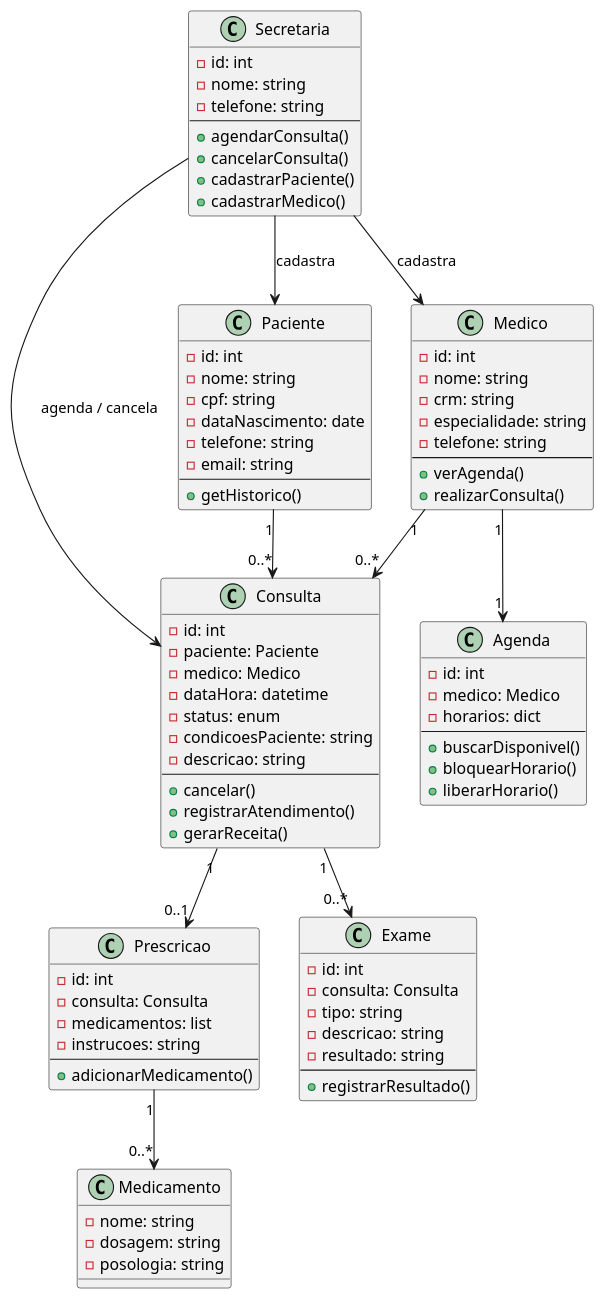
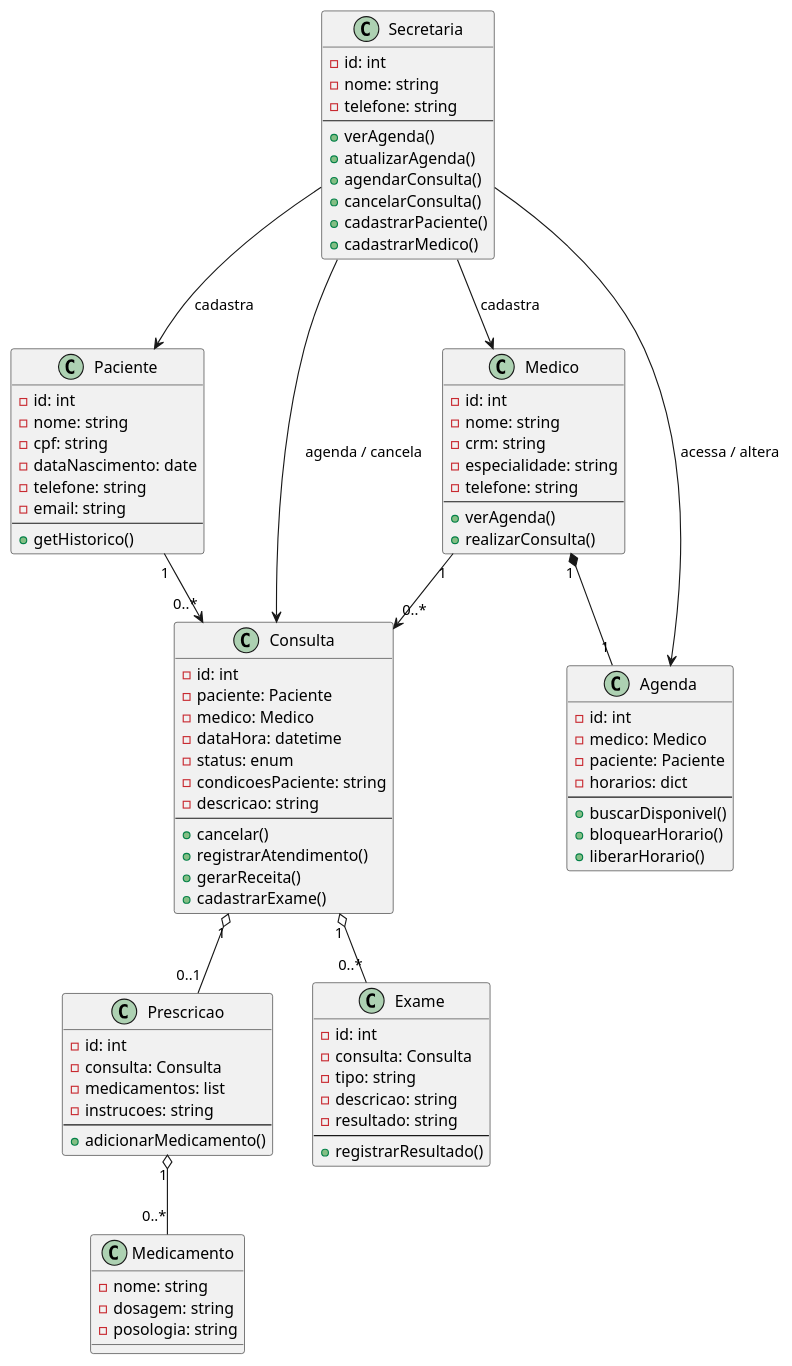
Before and after one commit to Aquiles-Reis/UFG_BES: the diagram in POO/aula_dia_13_04/Classes.puml, drawn with PlantUML. The commit also changed 35 other files, not shown here.

```diff
--- a/POO/aula_dia_13_04/Classes.puml
+++ b/POO/aula_dia_13_04/Classes.puml
@@ -1,97 +1,102 @@
 @startuml
 
 class Secretaria {
   - id: int
   - nome: string
   - telefone: string
   --
+  + verAgenda()
+  + atualizarAgenda()
   + agendarConsulta()
   + cancelarConsulta()
   + cadastrarPaciente()
   + cadastrarMedico()
 }
 
 class Paciente {
   - id: int
   - nome: string
   - cpf: string
   - dataNascimento: date
   - telefone: string
   - email: string
   --
   + getHistorico()
 }
 
 class Medico {
   - id: int
   - nome: string
   - crm: string
   - especialidade: string
   - telefone: string
   --
   + verAgenda()
   + realizarConsulta()
 }
 
 class Agenda {
   - id: int
   - medico: Medico
+  - paciente: Paciente
   - horarios: dict
   --
   + buscarDisponivel()
   + bloquearHorario()
   + liberarHorario()
 }
 
 class Consulta {
   - id: int
   - paciente: Paciente
   - medico: Medico
   - dataHora: datetime
   - status: enum
   - condicoesPaciente: string
   - descricao: string
   --
   + cancelar()
   + registrarAtendimento()
   + gerarReceita()
+  + cadastrarExame()
 }
 
 class Prescricao {
   - id: int
   - consulta: Consulta
   - medicamentos: list
   - instrucoes: string
   --
   + adicionarMedicamento()
 }
 
 class Medicamento {
   - nome: string
   - dosagem: string
   - posologia: string
 }
 
 class Exame {
   - id: int
   - consulta: Consulta
   - tipo: string
   - descricao: string
   - resultado: string
   --
   + registrarResultado()
 }
 
 Secretaria --> Paciente : cadastra
 Secretaria --> Medico : cadastra
 Secretaria --> Consulta : agenda / cancela
+Secretaria --> Agenda : acessa / altera
 
 Paciente "1" --> "0..*" Consulta
 Medico "1" --> "0..*" Consulta
-Medico "1" --> "1" Agenda
+Medico "1" *-- "1" Agenda
 
-Consulta "1" --> "0..1" Prescricao
-Consulta "1" --> "0..*" Exame
-Prescricao "1" --> "0..*" Medicamento
+Consulta "1" o-- "0..1" Prescricao
+Consulta "1" o-- "0..*" Exame
+Prescricao "1" o-- "0..*" Medicamento
 
 @enduml
```
